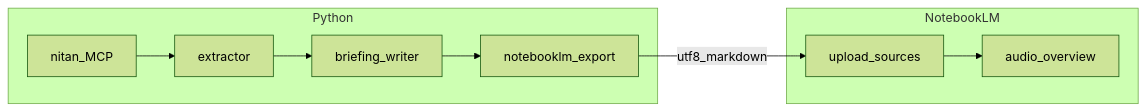
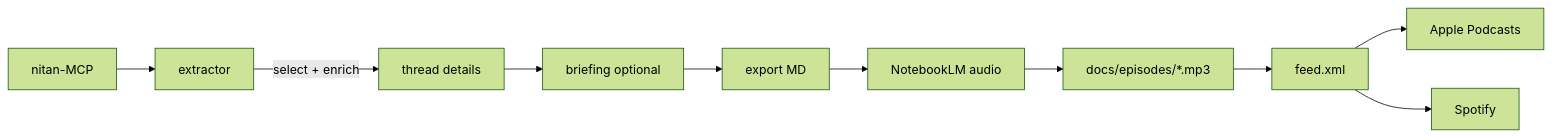
Before and after one commit to lifan-builds/nitan-podcast: the diagram in PLANS.md, drawn with Mermaid (forest theme). The commit also changed other lines of this file and 13 other files, not shown here.

First line of the commit message:
feat: thread enrichment, Spotify distribution, content quality improvements

````diff
--- a/PLANS.md
+++ b/PLANS.md
@@ -26,18 +18,12 @@
 ```mermaid
 flowchart LR
-  subgraph py [Python]
-    MCP[nitan_MCP]
-    E[extractor]
-    B[briefing_writer]
-    X[notebooklm_export]
-    MCP --> E
-    E --> B
-    B --> X
-  end
-  subgraph nlm [NotebookLM]
-    U[upload_sources]
-    A[audio_overview]
-    U --> A
-  end
-  X -->|"utf8_markdown"| U
+  MCP[nitan-MCP] --> E[extractor]
+  E -->|select + enrich| D[thread details]
+  D --> B[briefing optional]
+  B --> X[export MD]
+  X --> NLM[NotebookLM audio]
+  NLM --> MP3[docs/episodes/*.mp3]
+  MP3 --> RSS[feed.xml]
+  RSS --> Apple[Apple Podcasts]
+  RSS --> Spotify[Spotify]
 ```
````
